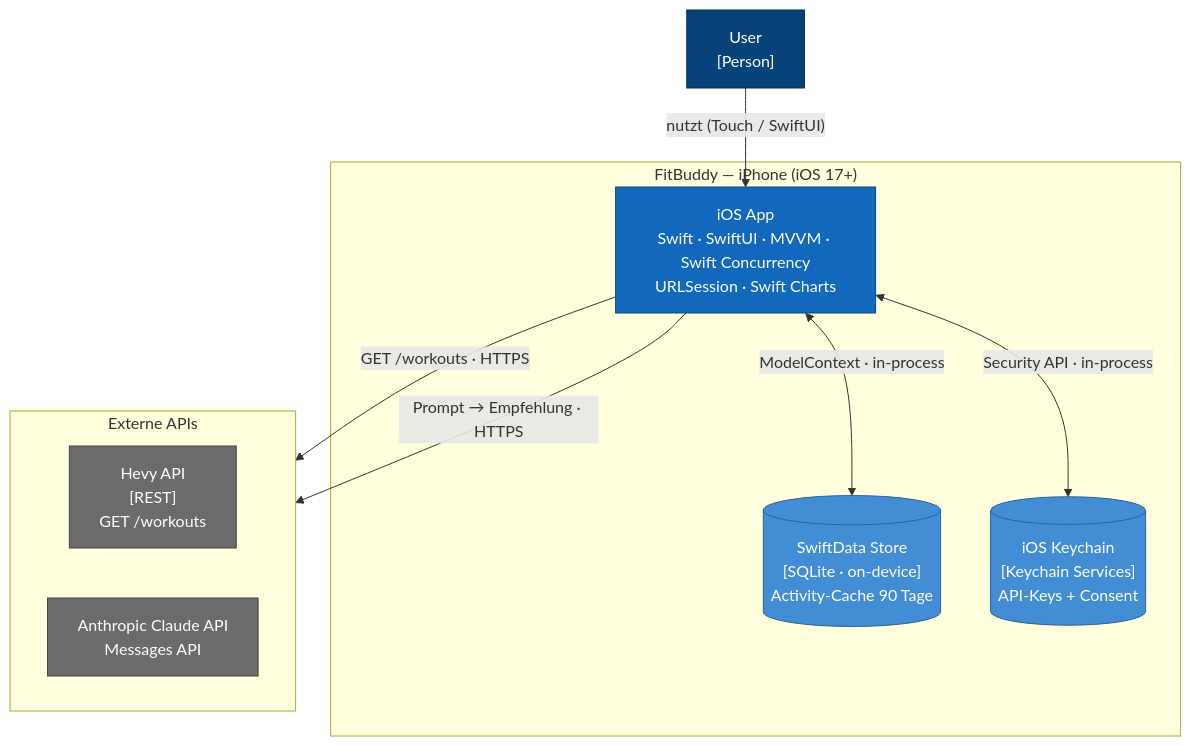
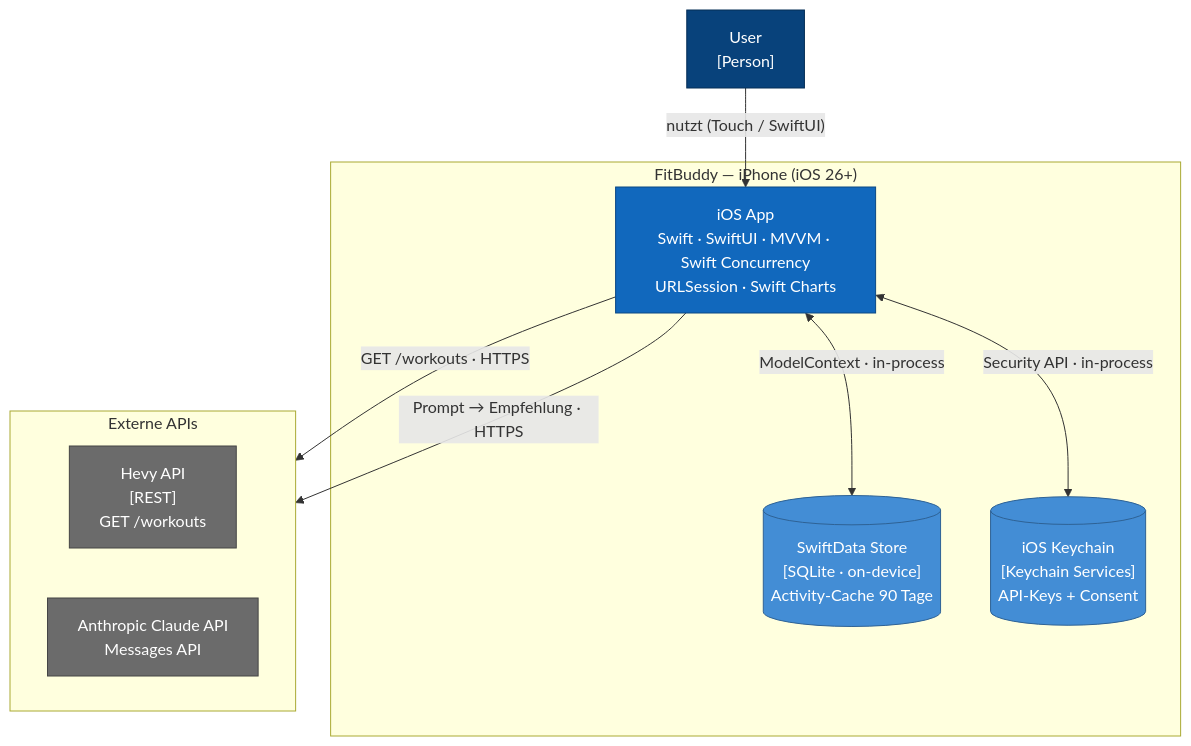
Before and after one commit to fitbuddies-cas/fitbuddy: the second of 3 diagrams in docs/ARCHITECTURE.md, drawn with Mermaid. The commit also changed 6 other files, not shown here.

````diff
--- a/docs/ARCHITECTURE.md
+++ b/docs/ARCHITECTURE.md
@@ -112,27 +112,27 @@
 ```mermaid
 flowchart TB
     classDef person fill:#08427b,color:#fff,stroke:#052e56
     classDef system fill:#1168bd,color:#fff,stroke:#0b4884
     classDef ext fill:#6b6b6b,color:#fff,stroke:#454545
     classDef storage fill:#438dd5,color:#fff,stroke:#2e6295
 
     USER["User\n[Person]"]:::person
 
-    subgraph IPHONE["FitBuddy — iPhone (iOS 17+)"]
+    subgraph IPHONE["FitBuddy — iPhone (iOS 26+)"]
         APP["iOS App\nSwift · SwiftUI · MVVM · Swift Concurrency\nURLSession · Swift Charts"]:::system
         SWIFTDATA[("SwiftData Store\n[SQLite · on-device]\nActivity-Cache 90 Tage")]:::storage
         KEYCHAIN[("iOS Keychain\n[Keychain Services]\nAPI-Keys + Consent")]:::storage
     end
 
     subgraph APIS["Externe APIs"]
         direction LR
         HEVY["Hevy API\n[REST]\nGET /workouts"]:::ext
         CLAUDE["Anthropic Claude API\nMessages API"]:::ext
     end
 
     USER -->|"nutzt (Touch / SwiftUI)"| APP
     APP <-->|"ModelContext · in-process"| SWIFTDATA
     APP <-->|"Security API · in-process"| KEYCHAIN
     APP -->|"GET /workouts · HTTPS"| HEVY
     APP -->|"Prompt → Empfehlung · HTTPS"| CLAUDE
 ```
````
